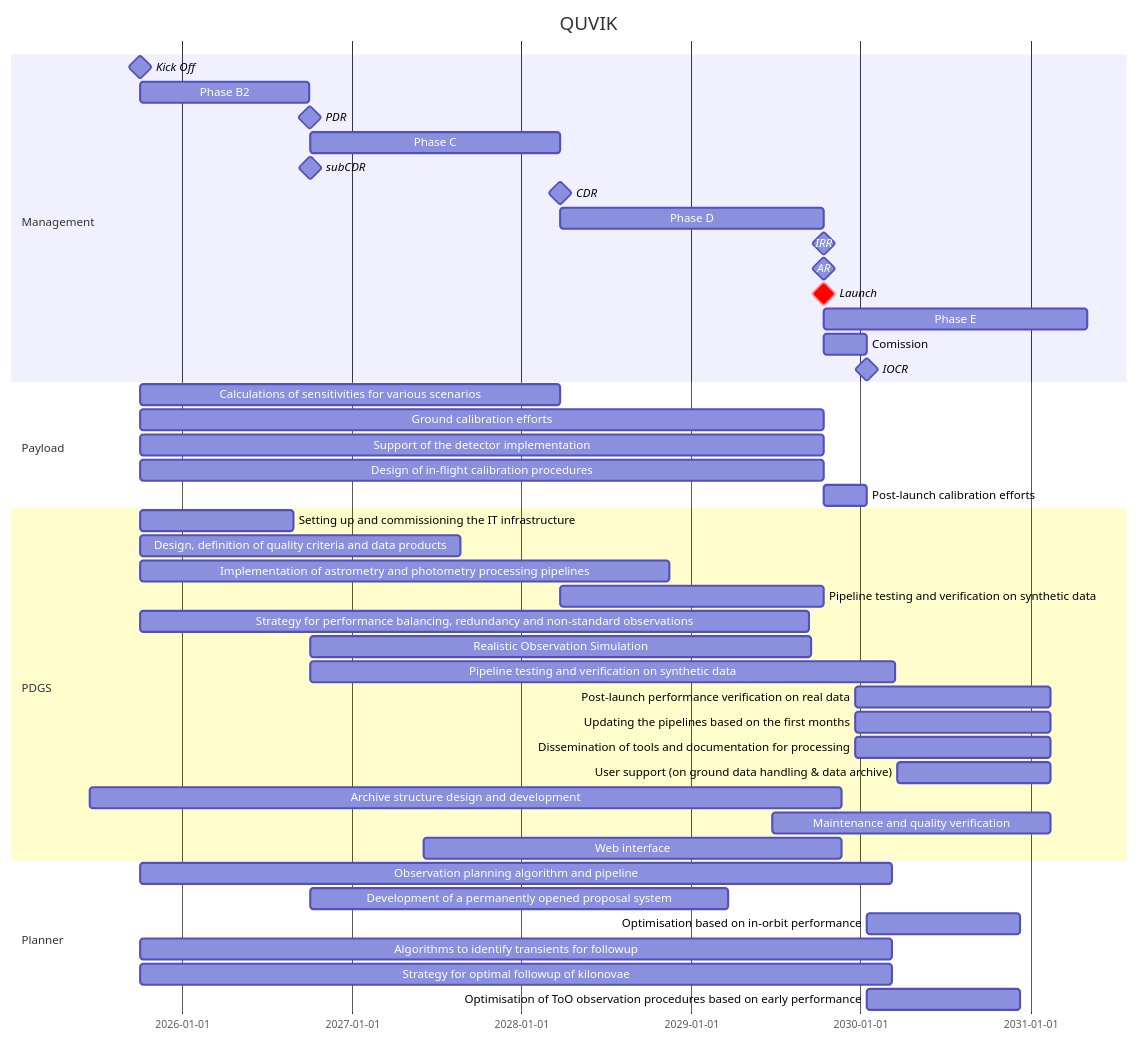
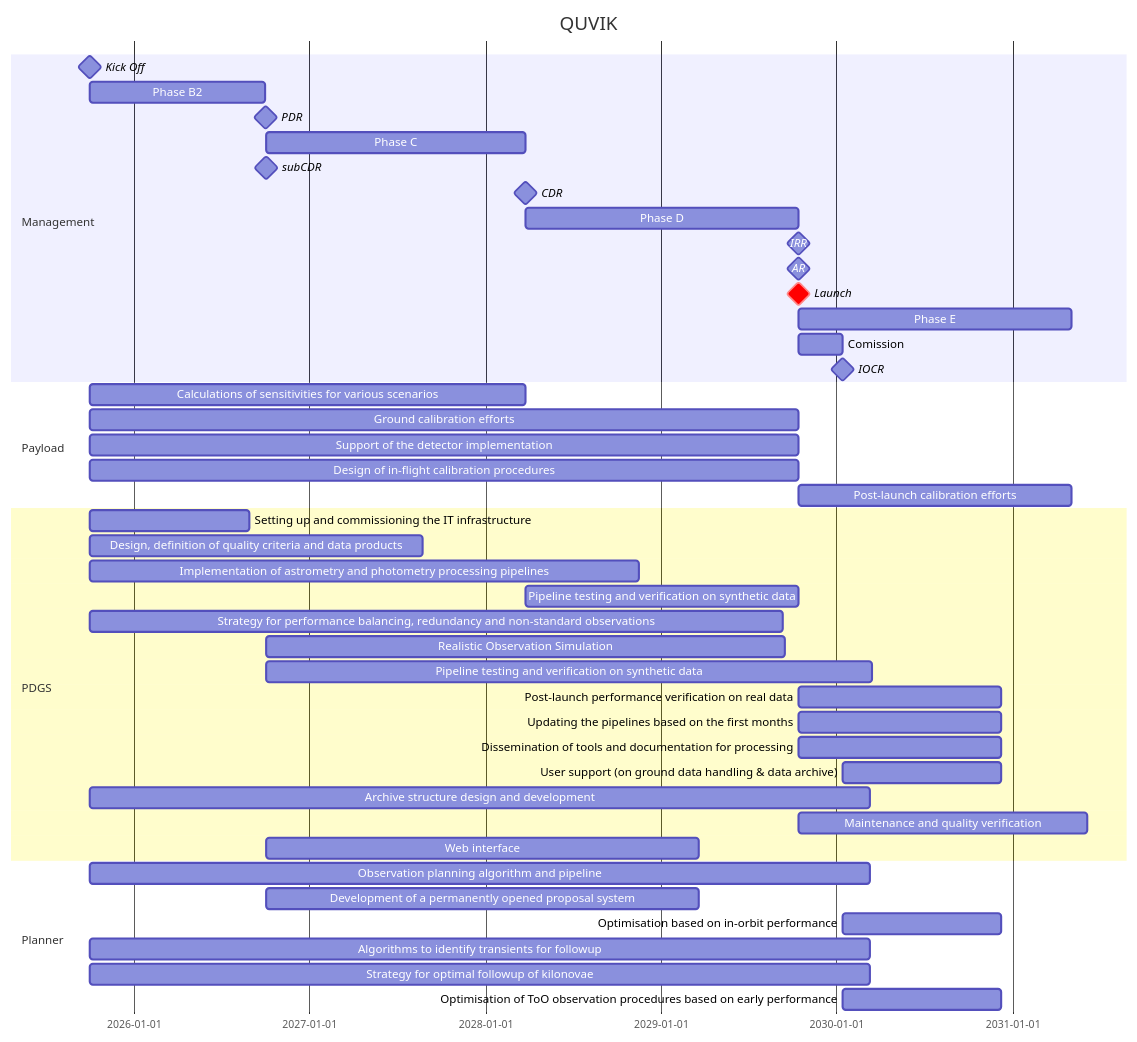
Before and after one commit to limu007/quvik: the diagram in calib/Block.md, drawn with Mermaid.

````diff
--- a/calib/Block.md
+++ b/calib/Block.md
@@ -3,50 +3,50 @@
 ```mermaid
 gantt
     title QUVIK
     dateFormat  YYYY-MM-DD
     section Management
     Kick Off : milestone, m1, 2025-09-31, 1d
     Phase B2 : b2, after m1, 52w
     PDR : milestone, pdr, after b2, 1d
     Phase C : c1, after pdr, 77w
     subCDR :  milestone, sc1, after pdr + 52w, 1d
     CDR : milestone, cdr, after c1, 1d
     Phase D : d1, after cdr, 81w
     IRR : milestone, irr, after d1, 1d
     AR : milestone, ar, after d1, 1d
     Launch : crit, milestone, frr, after d1, 1d
     Phase E : e1, after frr, 81w
     Comission : e2, after frr, 13w
     IOCR : milestone, iocr, after e2, 1d
 
     section Payload
     Calculations of sensitivities for various scenarios :  after m1 , until cdr
     Ground calibration efforts :  after m1 , until ar
     Support of the detector implementation :  after m1 , until ar 
     Design of in-flight calibration procedures :  after m1 , until frr
-    Post-launch calibration efforts :  after frr , until iocr 
+    Post-launch calibration efforts :  after frr , 81w 
 
     section PDGS
     Setting up and commissioning the IT infrastructure : after m1, 330d
     Design, definition of quality criteria and data products : 	after m1	, 690d
     Implementation of astrometry and photometry processing pipelines : 	after m1 , 1140d
     Pipeline testing and verification on synthetic data : pp, after cdr, until frr
     Strategy for performance balancing, redundancy and non-standard observations :  after m1 , 1440d
     Realistic Observation Simulation :  after pdr , 1080d
     Pipeline testing and verification on synthetic data :  after pdr , 1260d
-    Post-launch performance verification on real data :  2029-12-21 , 420d
-    Updating the pipelines based on the first months :  2029-12-21 , 420d
-    Dissemination of tools and documentation for processing :  2029-12-21 , 420d
-     User support (on ground data handling & data archive) :  2030-03-21 , 330d
-     Archive structure design and development :  2025-06-15 , 1620d
-     Maintenance and quality verification :  2029-06-24 , 600d
-     Web interface :  2027-06-05 , 900d
+    Post-launch performance verification on real data :  after frr , 420d
+    Updating the pipelines based on the first months :  after frr , 420d
+    Dissemination of tools and documentation for processing :  after frr , 420d
+     User support (on ground data handling & data archive) :  after iocr , 330d
+     Archive structure design and development :  after m1 , 1620d
+     Maintenance and quality verification :  after ar , 600d
+     Web interface :  after sc1 , 900d
 
     section Planner
     Observation planning algorithm and pipeline :  after m1 , 1620d
     Development of a permanently opened proposal system :  after sc1 , 900d
     Optimisation based on in-orbit performance :  after iocr , 330d
     Algorithms to identify transients for followup :  after m1 , 1620d
     Strategy for optimal followup of kilonovae :  after m1 , 1620d
     Optimisation of ToO observation procedures based on early performance :  after iocr , 330d
 ```
````
